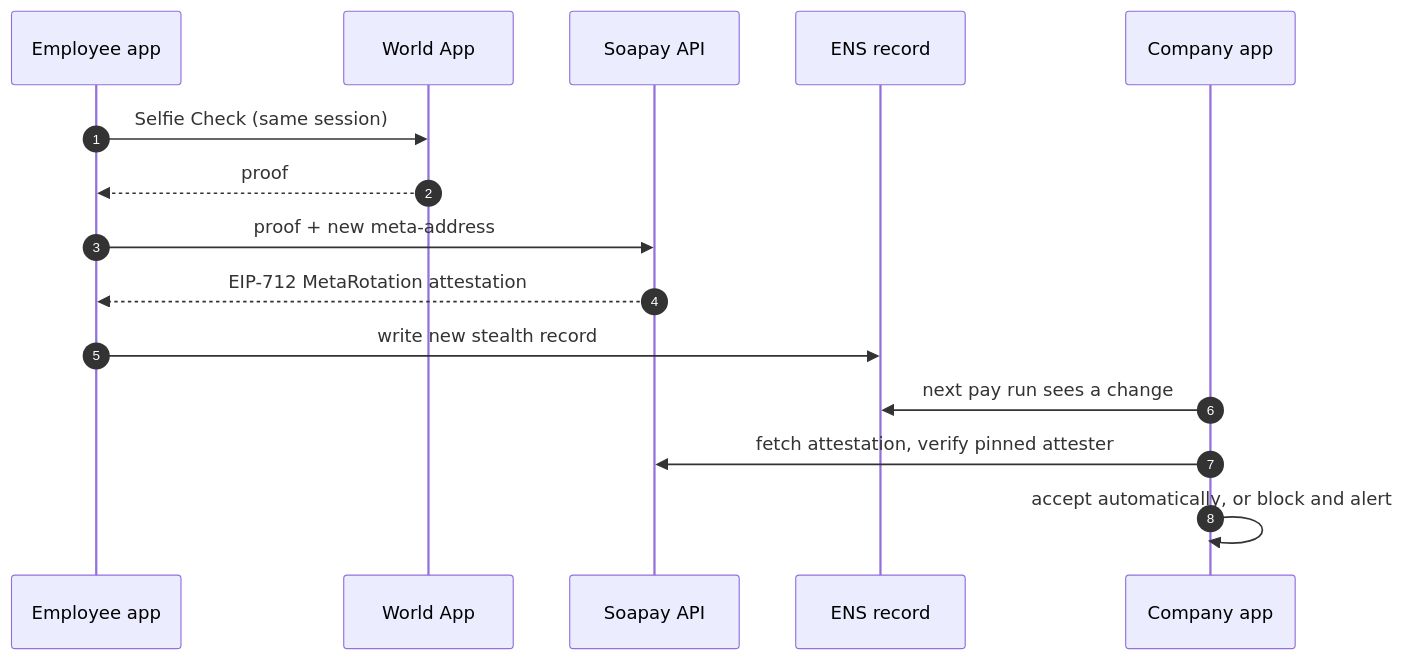
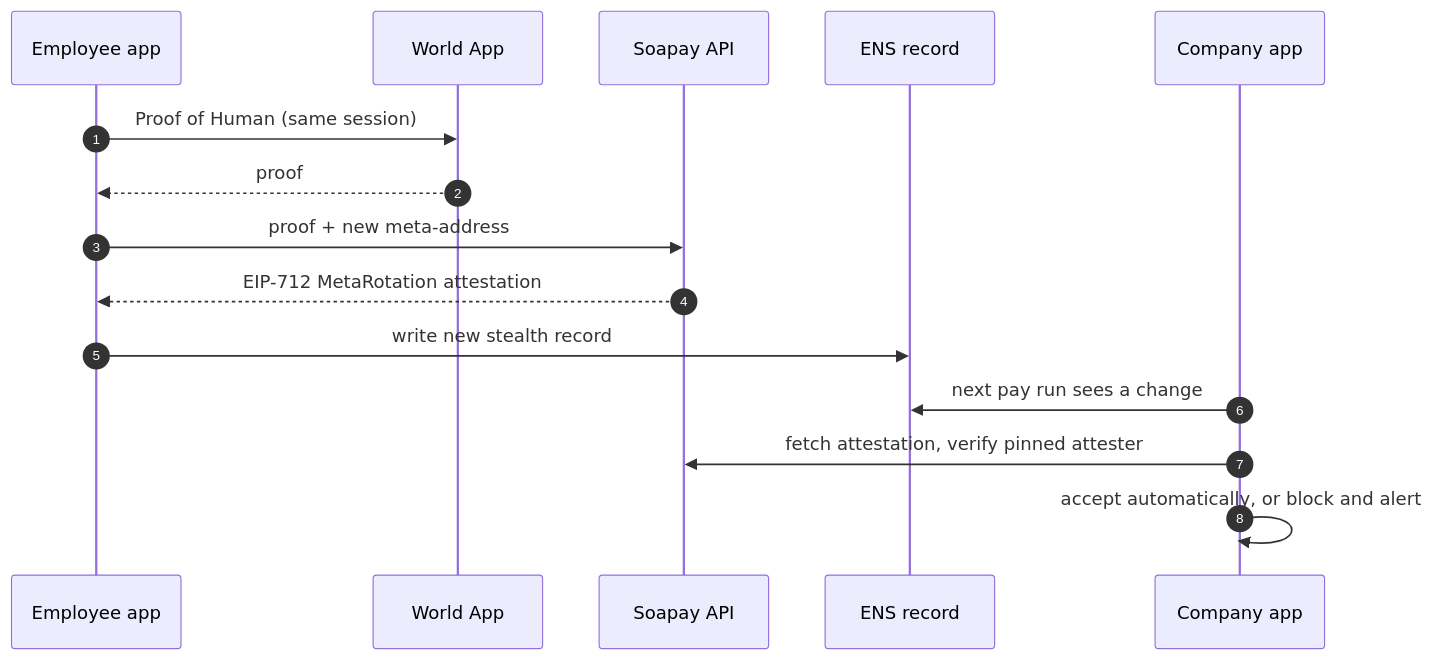
One commit to easonchai/soapay changed the fifth of 7 diagrams in docs/architecture.md. Above: the diagram before and after it, drawn with Mermaid. The commit also changed other lines of this file and 21 other files, not shown here.

First line of the commit message:
World ID: Proof of Human for account recovery, replacing Selfie Check (D-54)

````diff
--- a/docs/architecture.md
+++ b/docs/architecture.md
@@ -173,17 +173,17 @@
 ```mermaid
 sequenceDiagram
   autonumber
   participant R as Employee app
   participant W as World App
   participant A as Soapay API
   participant N as ENS record
   participant E as Company app
-  R->>W: Selfie Check (same session)
+  R->>W: Proof of Human (same session)
   W-->>R: proof
   R->>A: proof + new meta-address
   A-->>R: EIP-712 MetaRotation attestation
   R->>N: write new stealth record
   E->>N: next pay run sees a change
   E->>A: fetch attestation, verify pinned attester
   E->>E: accept automatically, or block and alert
 ```
````
